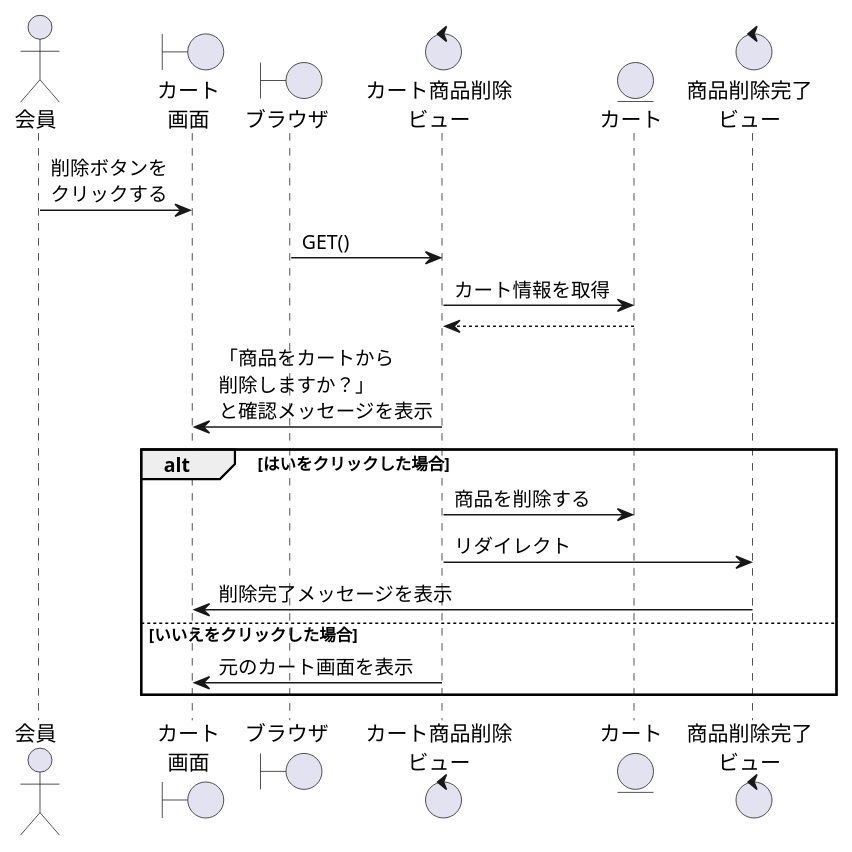
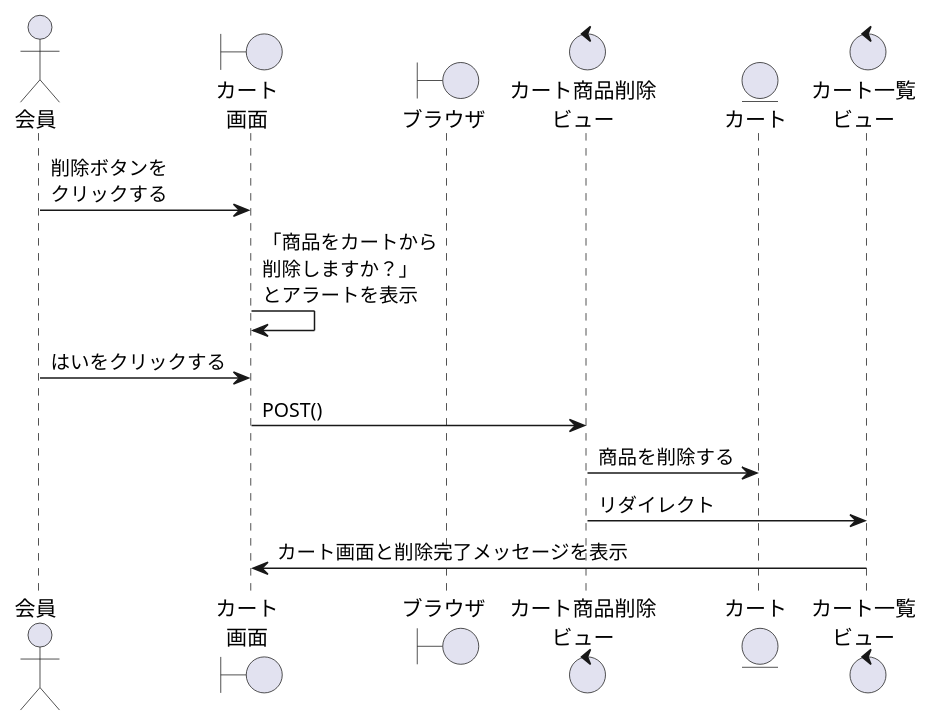
One commit to ysyk-wtnb16/team_D changed the diagram in BBショップ/カート商品削除.wsd. Above: the diagram before and after it, drawn with PlantUML.

Commit message:
削除先生の手直し

```diff
--- a/BBショップ/カート商品削除.wsd
+++ b/BBショップ/カート商品削除.wsd
@@ -1,23 +1,19 @@
 @startuml cartdelete
 
 actor "会員" as act
 boundary "カート\n画面" as cartv
 boundary "ブラウザ" as brz
 control "カート商品削除\nビュー" as delete
 entity "カート" as cart
-control "商品削除完了\nビュー" as shkc
+control "カート一覧\nビュー" as shkc
+
 
 act -> cartv:削除ボタンを\nクリックする
-brz -> delete:GET()
-delete -> cart:カート情報を取得
-delete <-- cart
-cartv <- delete:「商品をカートから\n削除しますか？」\nと確認メッセージを表示 
-alt はいをクリックした場合
+cartv -> cartv:「商品をカートから\n削除しますか？」\nとアラートを表示 
+act -> cartv:はいをクリックする
+cartv -> delete:POST()
     delete -> cart:商品を削除する
     delete -> shkc:リダイレクト
-    cartv <- shkc:削除完了メッセージを表示
-else いいえをクリックした場合
-    cartv <- delete:元のカート画面を表示
-end
+    cartv <- shkc:カート画面と削除完了メッセージを表示
 
 @enduml
```
